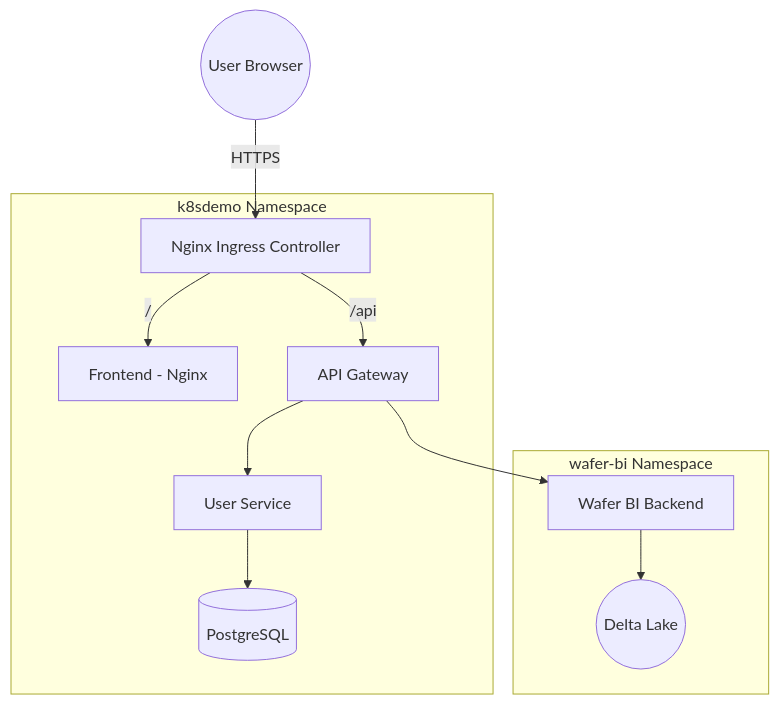
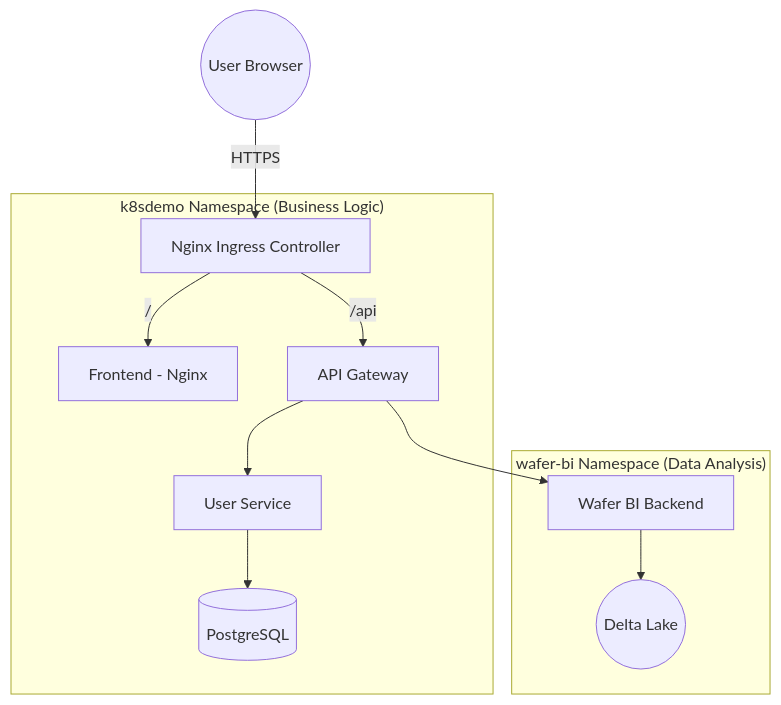
Before and after one commit to DarkSchneider1024/wafer-bi: the diagram in docs/system-architecture.md, drawn with Mermaid. The commit also changed other lines of this file, not shown here.

Commit message:
Docs: Refactor system-architecture.md for clarity and correct ordering

````diff
--- a/docs/system-architecture.md
+++ b/docs/system-architecture.md
@@ -66,16 +25,16 @@
 ```mermaid
 graph TD
     Client((User Browser)) -->|HTTPS| Ingress[Nginx Ingress Controller]
     
-    subgraph "k8sdemo Namespace"
+    subgraph "k8sdemo Namespace (Business Logic)"
         Ingress -->|/| FE[Frontend - Nginx]
         Ingress -->|/api| GW[API Gateway]
         GW --> US[User Service]
         US --> DB[(PostgreSQL)]
     end
     
-    subgraph "wafer-bi Namespace"
+    subgraph "wafer-bi Namespace (Data Analysis)"
         GW --> WB[Wafer BI Backend]
         WB --> DL((Delta Lake))
     end
 ```
````
